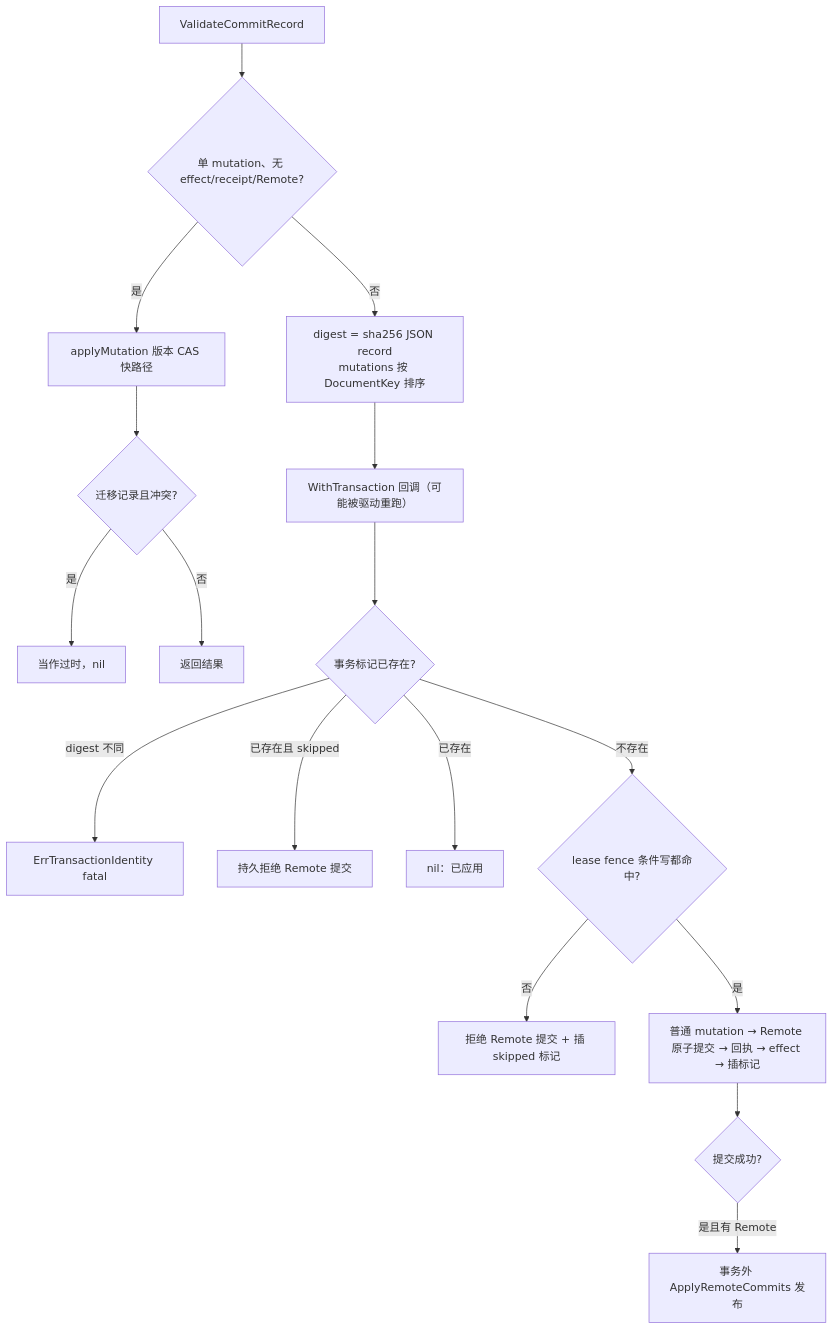
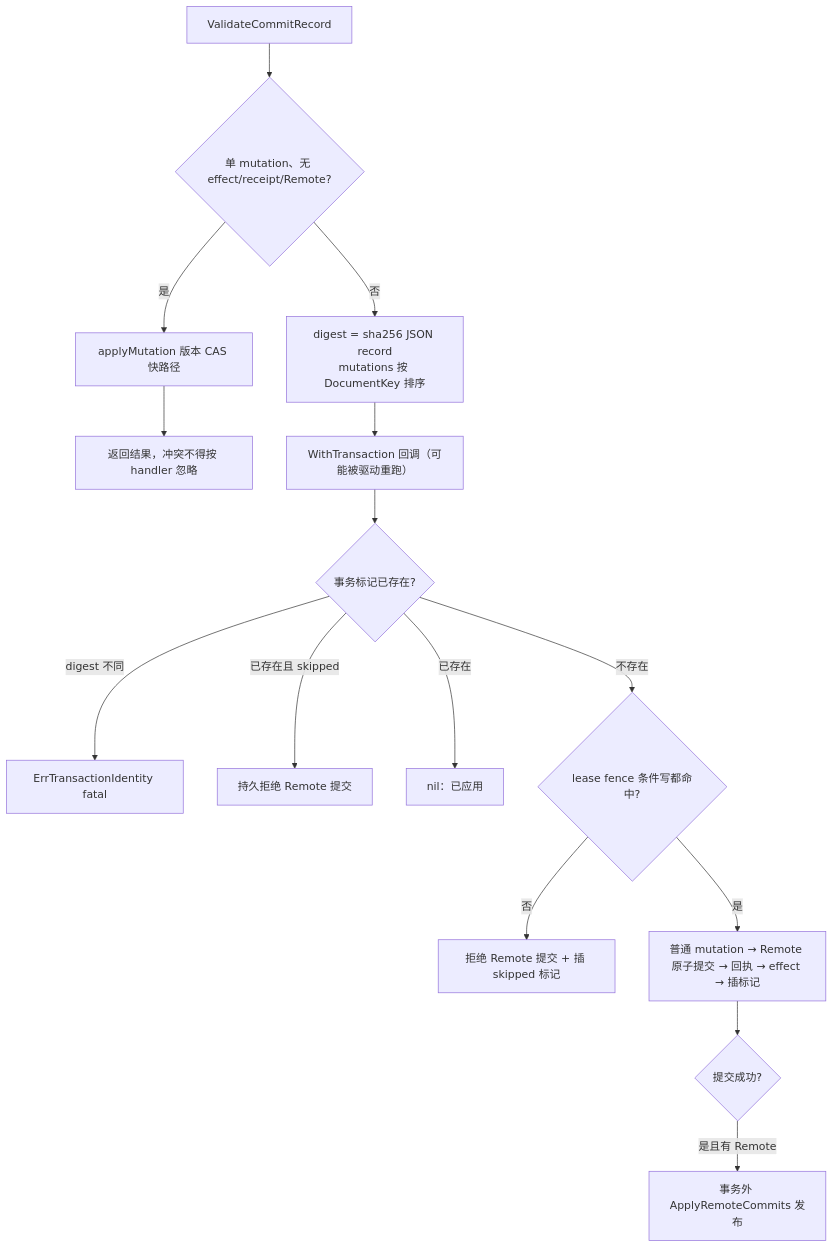
One commit to tjbdwanghaibo/roost-core changed the fourth of 8 diagrams in docs/framework/impl/03-dataengine.md. Above: the diagram before and after it, drawn with Mermaid. The commit also changed other lines of this file and 61 other files, not shown here.

````diff
--- a/docs/framework/impl/03-dataengine.md
+++ b/docs/framework/impl/03-dataengine.md
@@ -300,19 +300,17 @@
 ```mermaid
 flowchart TD
     A[ValidateCommitRecord] --> B{单 mutation、无 effect/receipt/Remote?}
     B -- 是 --> C[applyMutation 版本 CAS 快路径]
-    C --> C1{迁移记录且冲突?}
-    C1 -- 是 --> C2[当作过时，nil]
-    C1 -- 否 --> C3[返回结果]
+    C --> C3[返回结果，冲突不得按 handler 忽略]
     B -- 否 --> D[digest = sha256 JSON record<br/>mutations 按 DocumentKey 排序]
     D --> E[WithTransaction 回调（可能被驱动重跑）]
     E --> F{事务标记已存在?}
     F -- digest 不同 --> X[ErrTransactionIdentity fatal]
     F -- 已存在且 skipped --> G[持久拒绝 Remote 提交]
     F -- 已存在 --> H[nil：已应用]
     F -- 不存在 --> I{lease fence 条件写都命中?}
     I -- 否 --> J[拒绝 Remote 提交 + 插 skipped 标记]
     I -- 是 --> K[普通 mutation → Remote 原子提交 → 回执 → effect → 插标记]
     K --> L{提交成功?}
     L -- 是且有 Remote --> M[事务外 ApplyRemoteCommits 发布]
 ```
````
